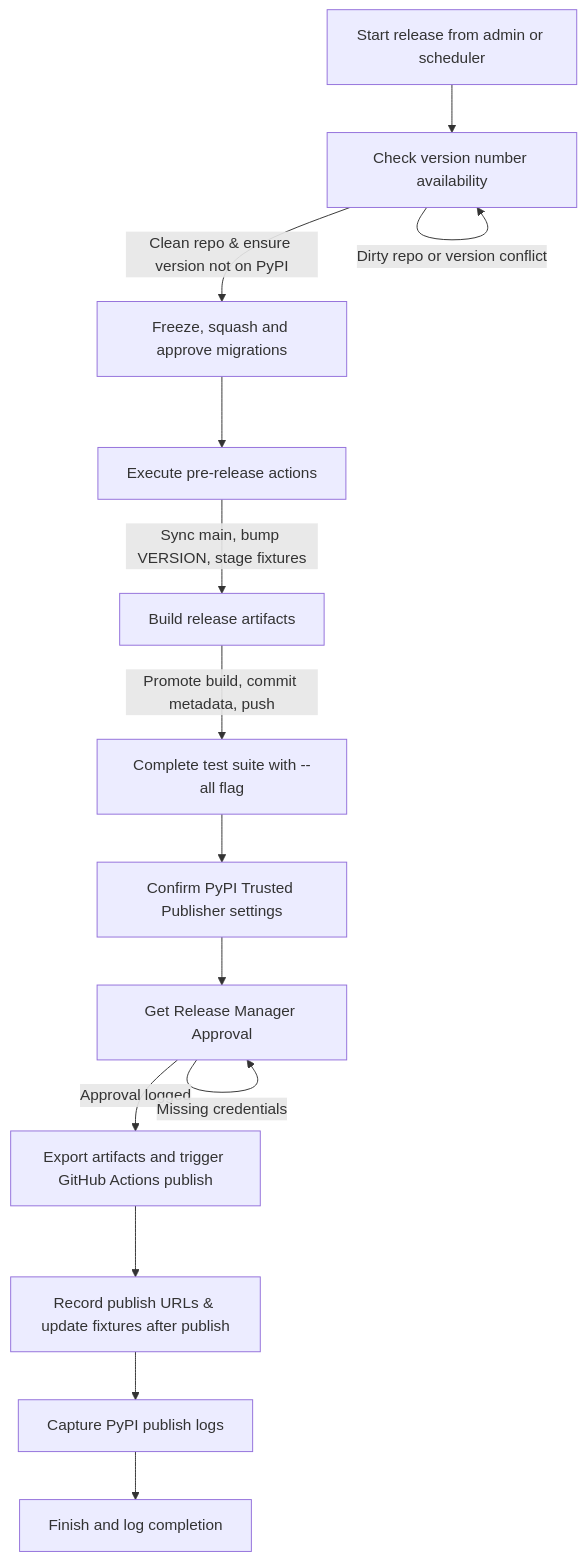
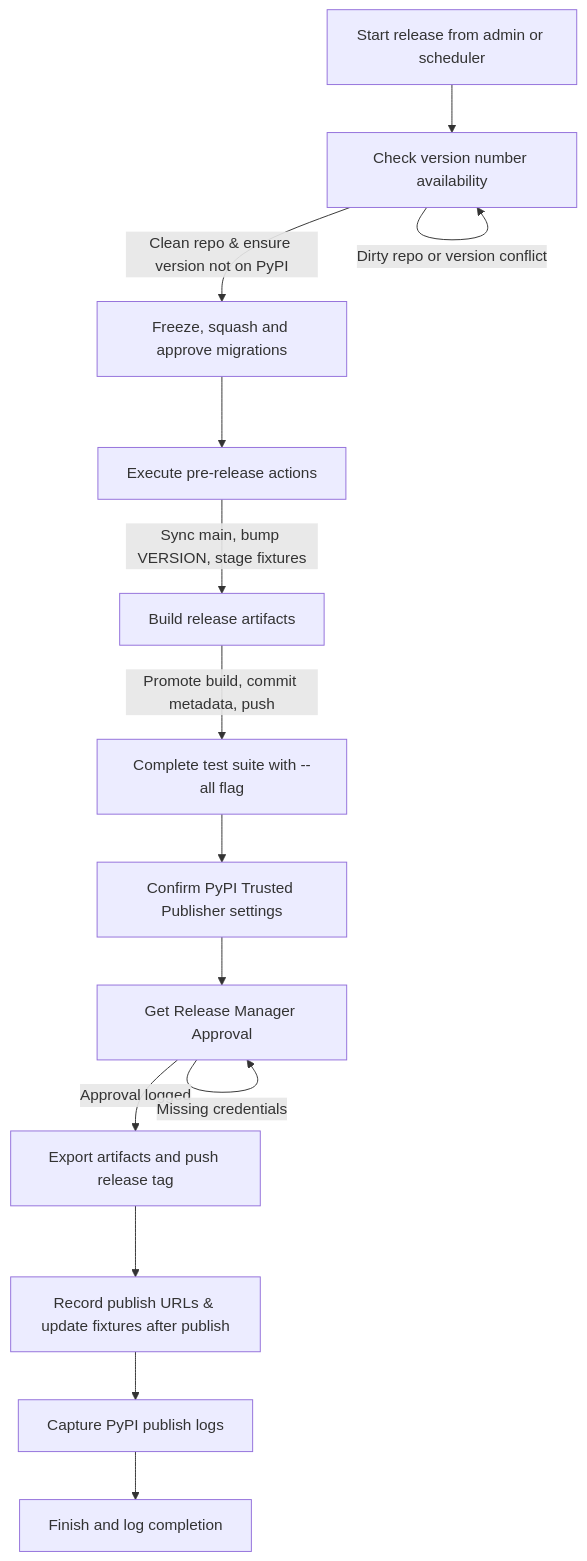
One commit to arthexis/arthexis changed the diagram in docs/development/package-release-process.md. Above: the diagram before and after it, drawn with Mermaid. The commit also changed other lines of this file and 2 other files, not shown here.

Commit message:
Modernize PyPI publish workflow

````diff
--- a/docs/development/package-release-process.md
+++ b/docs/development/package-release-process.md
@@ -5,16 +5,16 @@
 ```mermaid
 flowchart TD
     A[Start release from admin or scheduler] --> B[Check version number availability]
     B -->|Clean repo & ensure version not on PyPI| C[Freeze, squash and approve migrations]
     C --> D[Execute pre-release actions]
     D -->|Sync main, bump VERSION, stage fixtures| E[Build release artifacts]
     E -->|Promote build, commit metadata, push| F[Complete test suite with --all flag]
     F --> TP[Confirm PyPI Trusted Publisher settings]
     TP --> G[Get Release Manager Approval]
-    G -->|Approval logged| H[Export artifacts and trigger GitHub Actions publish]
+    G -->|Approval logged| H[Export artifacts and push release tag]
     H --> I[Record publish URLs & update fixtures after publish]
     I --> J[Capture PyPI publish logs]
     J --> K[Finish and log completion]
     G -->|Missing credentials| G
     B -->|Dirty repo or version conflict| B
 ```
````
